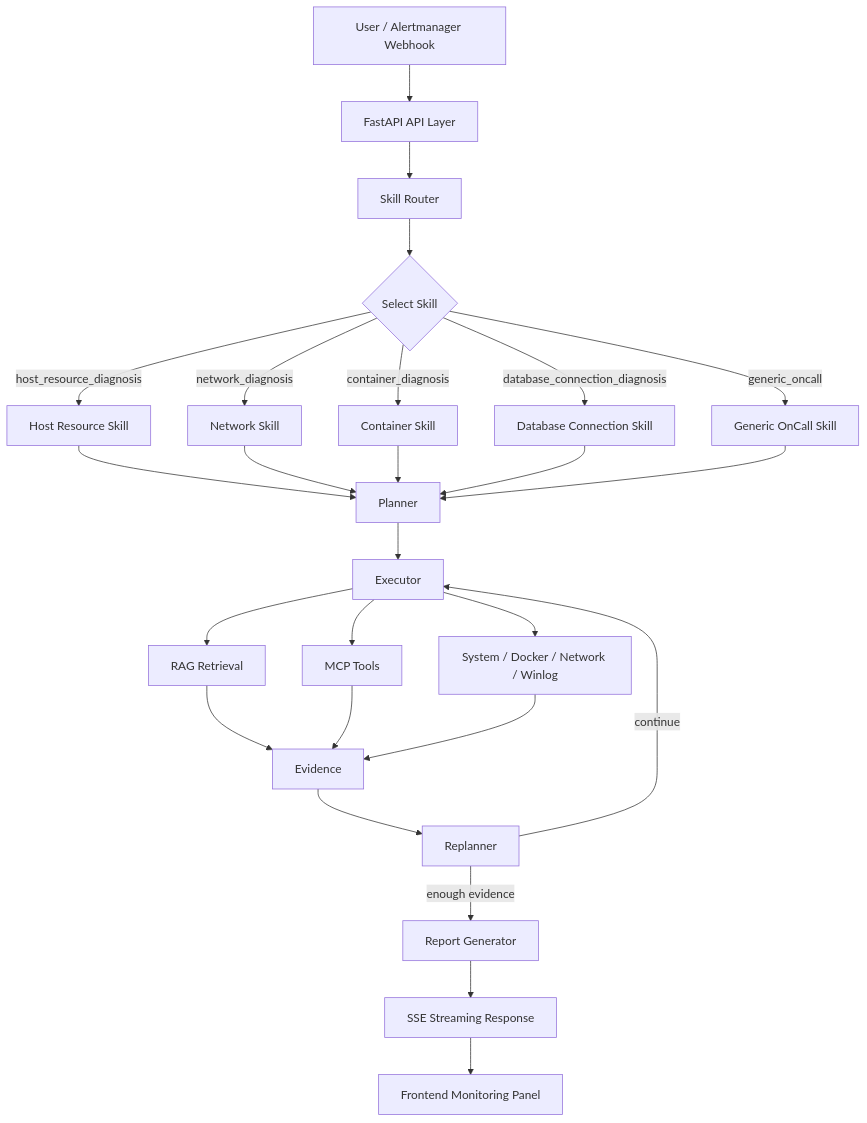
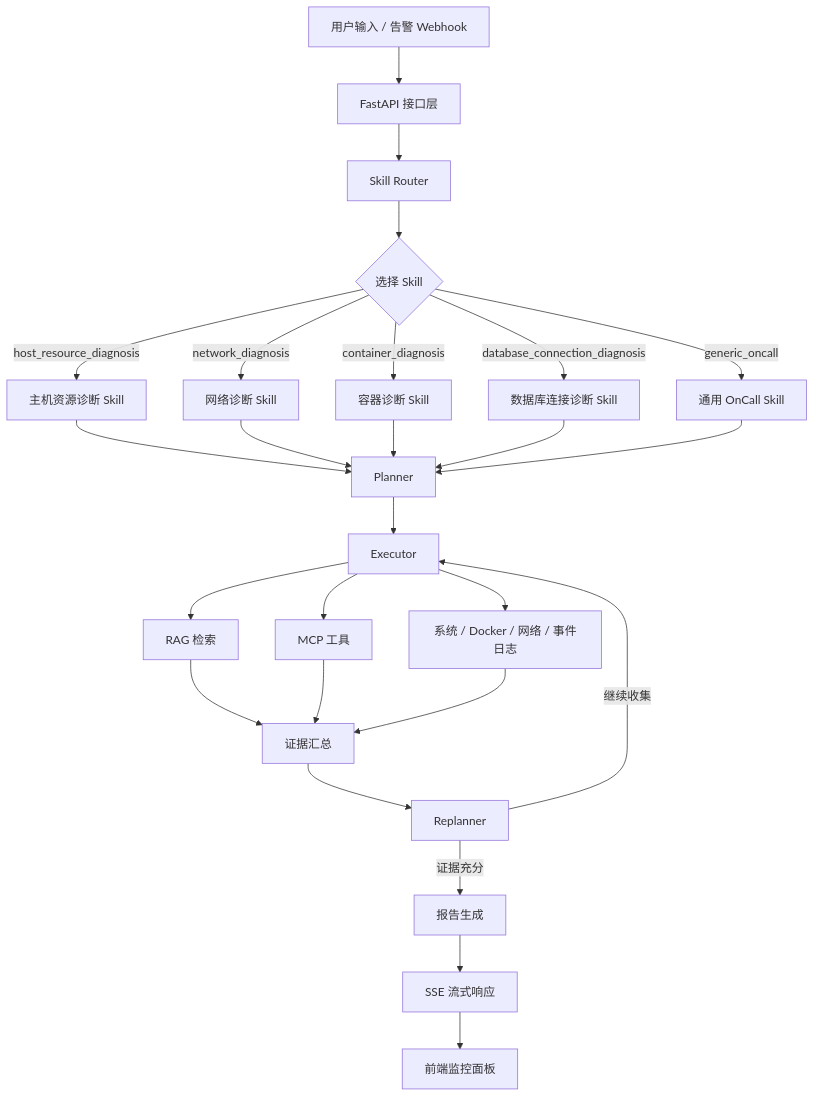
One commit to LAPPLANDQAQ/multi-rag-agent changed the diagram in README.md. Above: the diagram before and after it, drawn with Mermaid. The commit also changed other lines of this file and 38 other files, not shown here.

````diff
--- a/README.md
+++ b/README.md
@@ -41,35 +22,35 @@
 ```mermaid
 flowchart TD
-    A[User / Alertmanager Webhook] --> B[FastAPI API Layer]
+    A[用户输入 / 告警 Webhook] --> B[FastAPI 接口层]
 
     B --> C[Skill Router]
-    C --> D{Select Skill}
+    C --> D{选择 Skill}
 
-    D -->|host_resource_diagnosis| E1[Host Resource Skill]
-    D -->|network_diagnosis| E2[Network Skill]
-    D -->|container_diagnosis| E3[Container Skill]
-    D -->|database_connection_diagnosis| E4[Database Connection Skill]
-    D -->|generic_oncall| E5[Generic OnCall Skill]
+    D -->|host_resource_diagnosis| E1[主机资源诊断 Skill]
+    D -->|network_diagnosis| E2[网络诊断 Skill]
+    D -->|container_diagnosis| E3[容器诊断 Skill]
+    D -->|database_connection_diagnosis| E4[数据库连接诊断 Skill]
+    D -->|generic_oncall| E5[通用 OnCall Skill]
 
     E1 --> F[Planner]
     E2 --> F
     E3 --> F
     E4 --> F
     E5 --> F
 
     F --> G[Executor]
-    G --> H1[RAG Retrieval]
-    G --> H2[MCP Tools]
-    G --> H3[System / Docker / Network / Winlog]
+    G --> H1[RAG 检索]
+    G --> H2[MCP 工具]
+    G --> H3[系统 / Docker / 网络 / 事件日志]
 
-    H1 --> I[Evidence]
+    H1 --> I[证据汇总]
     H2 --> I
     H3 --> I
 
     I --> J[Replanner]
-    J -->|continue| G
-    J -->|enough evidence| K[Report Generator]
+    J -->|继续收集| G
+    J -->|证据充分| K[报告生成]
 
-    K --> L[SSE Streaming Response]
-    L --> M[Frontend Monitoring Panel]
+    K --> L[SSE 流式响应]
+    L --> M[前端监控面板]
 ```
````
